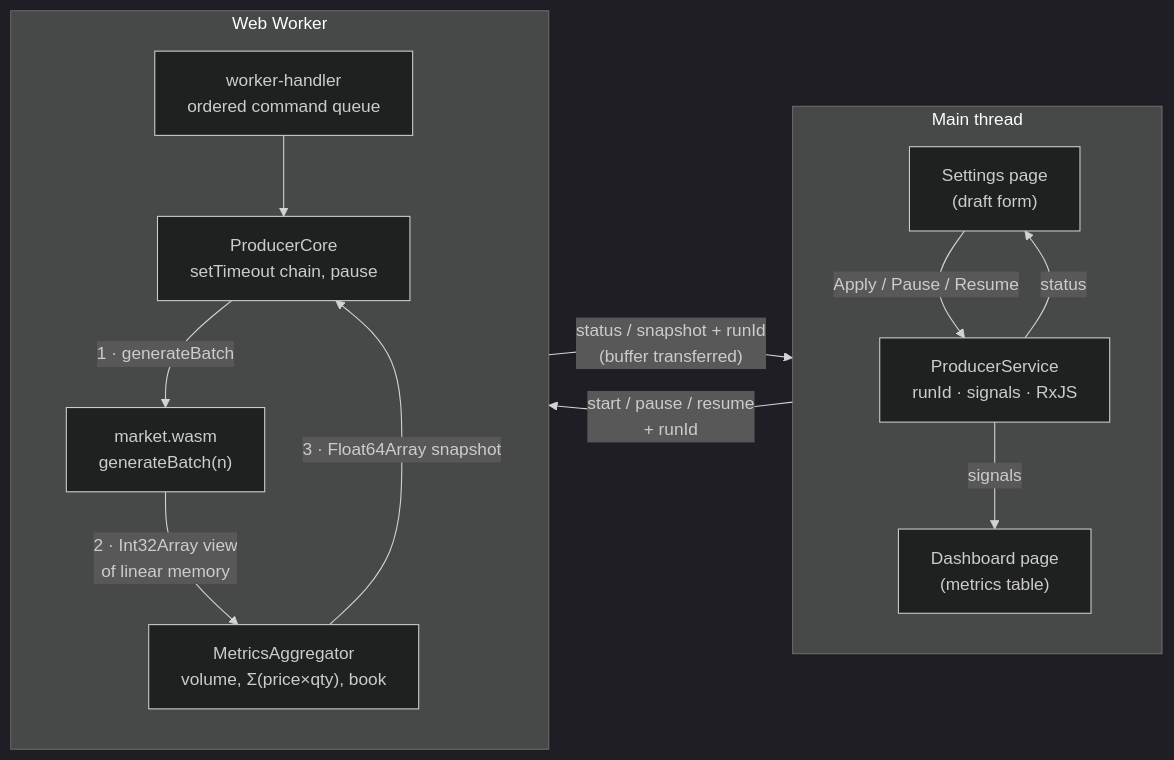
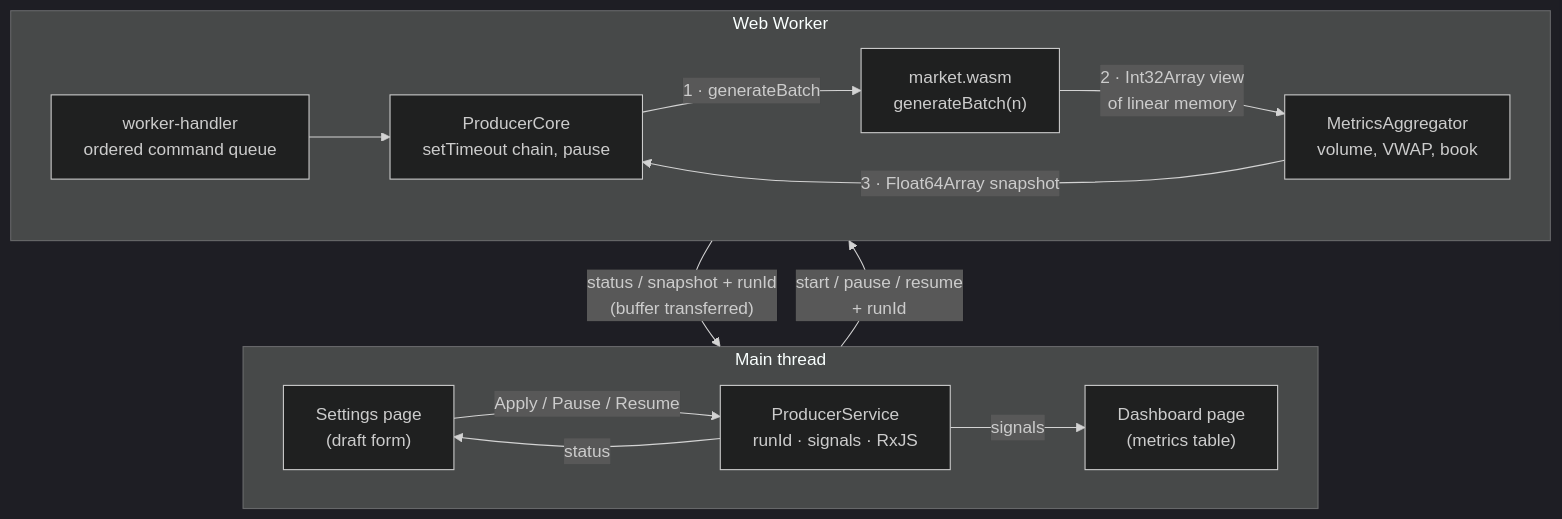
The first of 2 diagrams in README.md (ramon4uk/market-live), drawn with Mermaid (dark theme) before and after one commit.

Commit message:
Make README architecture diagram vertical for readability

````diff
--- a/README.md
+++ b/README.md
@@ -29,27 +29,27 @@
 ```mermaid
-flowchart LR
+flowchart TB
   subgraph main["Main thread"]
-    direction TB
+    direction LR
     Settings["Settings page<br/>(draft form)"]
     Dashboard["Dashboard page<br/>(metrics table)"]
     Service["ProducerService<br/>runId · signals · RxJS"]
     Settings -- "Apply / Pause / Resume" --> Service
     Service -- "signals" --> Dashboard
     Service -- "status" --> Settings
   end
 
   subgraph worker["Web Worker"]
-    direction TB
+    direction LR
     Handler["worker-handler<br/>ordered command queue"]
     Core["ProducerCore<br/>setTimeout chain, pause"]
     Wasm["market.wasm<br/>generateBatch(n)"]
-    Agg["MetricsAggregator<br/>volume, Σ(price×qty), book"]
+    Agg["MetricsAggregator<br/>volume, VWAP, book"]
     Handler --> Core
     Core -- "1 · generateBatch" --> Wasm
     Wasm -- "2 · Int32Array view<br/>of linear memory" --> Agg
     Agg -- "3 · Float64Array snapshot" --> Core
   end
 
   Service -- "start / pause / resume<br/>+ runId" --> Handler
   Core -- "status / snapshot + runId<br/>(buffer transferred)" --> Service
 ```
````
